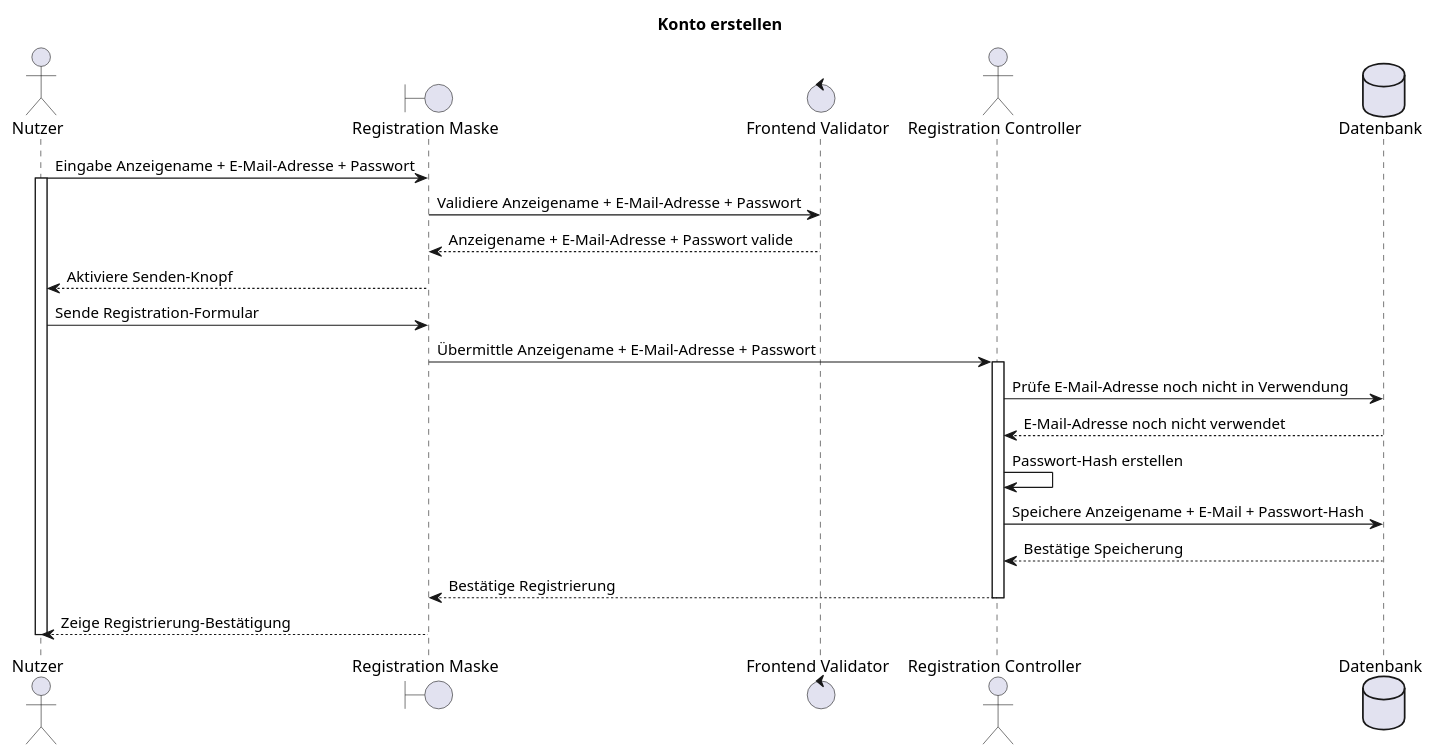
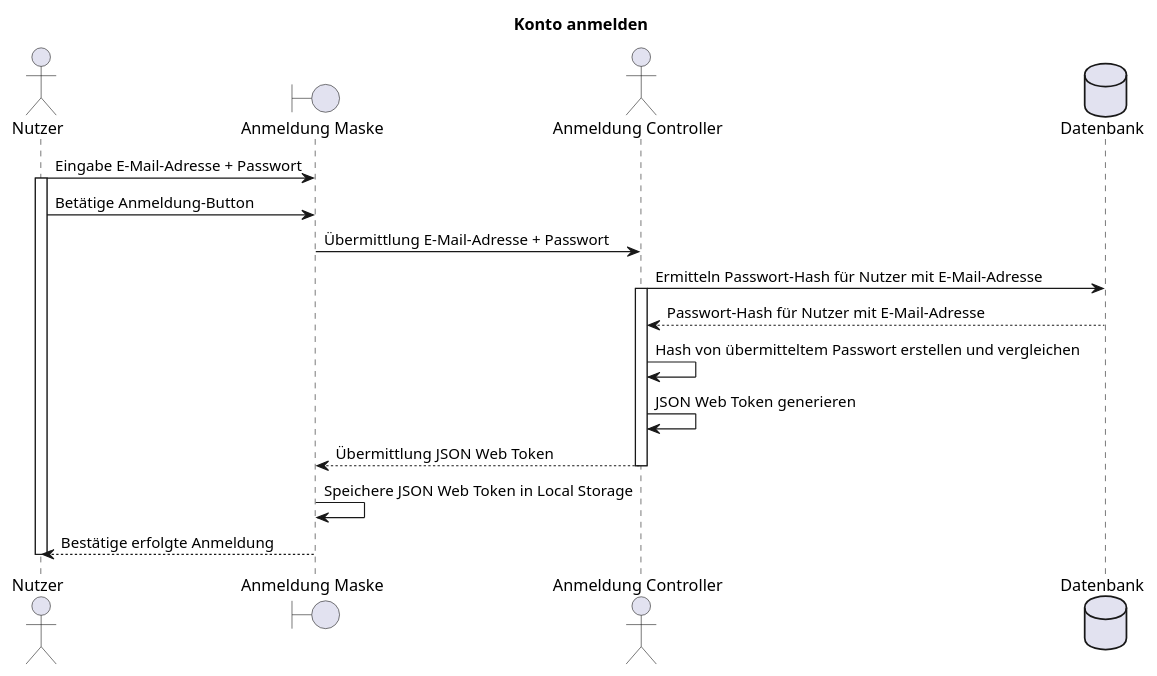
The diagram in docs/F011/F011_kontoAnmelden_seq.plantuml (party-time-2/party-time), drawn with PlantUML before and after one commit. The commit also changed 3 other files, not shown here.

Commit message:
F011 diagrams overhaul

```diff
--- a/docs/F011/F011_kontoAnmelden_seq.plantuml
+++ b/docs/F011/F011_kontoAnmelden_seq.plantuml
@@ -1,30 +1,27 @@
-@startuml F010_kontoErstellen_seq
-title "Konto erstellen"
+@startuml F011_kontoAnmelden_seq
+title "Konto anmelden"
 
 actor "Nutzer" as user
-boundary "Registration Maske" as reg
-control "Frontend Validator" as frontValid
-actor "Registration Controller" as controller
+boundary "Anmeldung Maske" as signInMask
+actor "Anmeldung Controller" as controller
 database "Datenbank" as db
 
-' Initiale Registrierung
-user -> reg: Eingabe Anzeigename + E-Mail-Adresse + Passwort
+user -> signInMask: Eingabe E-Mail-Adresse + Passwort
 activate user
-reg -> frontValid: Validiere Anzeigename + E-Mail-Adresse + Passwort
-reg <-- frontValid: Anzeigename + E-Mail-Adresse + Passwort valide
-user <-- reg: Aktiviere Senden-Knopf
-user -> reg: Sende Registration-Formular
+user -> signInMask: Betätige Anmeldung-Button
+signInMask -> controller: Übermittlung E-Mail-Adresse + Passwort
 
-reg -> controller: Übermittle Anzeigename + E-Mail-Adresse + Passwort
+controller -> db: Ermitteln Passwort-Hash für Nutzer mit E-Mail-Adresse 
 activate controller
-controller -> db: Prüfe E-Mail-Adresse noch nicht in Verwendung
-controller <-- db: E-Mail-Adresse noch nicht verwendet
-controller -> controller: Passwort-Hash erstellen
-controller -> db: Speichere Anzeigename + E-Mail + Passwort-Hash
-controller <-- db: Bestätige Speicherung
-reg <-- controller: Bestätige Registrierung
+controller <-- db: Passwort-Hash für Nutzer mit E-Mail-Adresse
+controller -> controller: Hash von übermitteltem Passwort erstellen und vergleichen
+
+controller -> controller: JSON Web Token generieren
+
+signInMask <-- controller: Übermittlung JSON Web Token
 deactivate controller
 
-user <-- reg: Zeige Registrierung-Bestätigung
+signInMask -> signInMask: Speichere JSON Web Token in Local Storage
+user <-- signInMask: Bestätige erfolgte Anmeldung
 deactivate user
 @enduml
```
